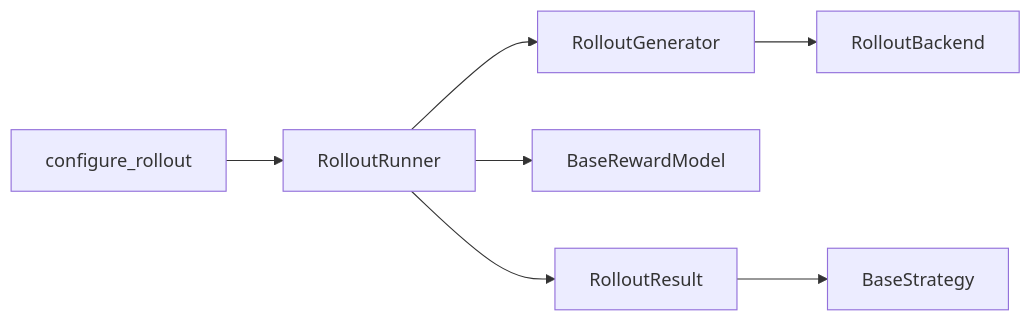
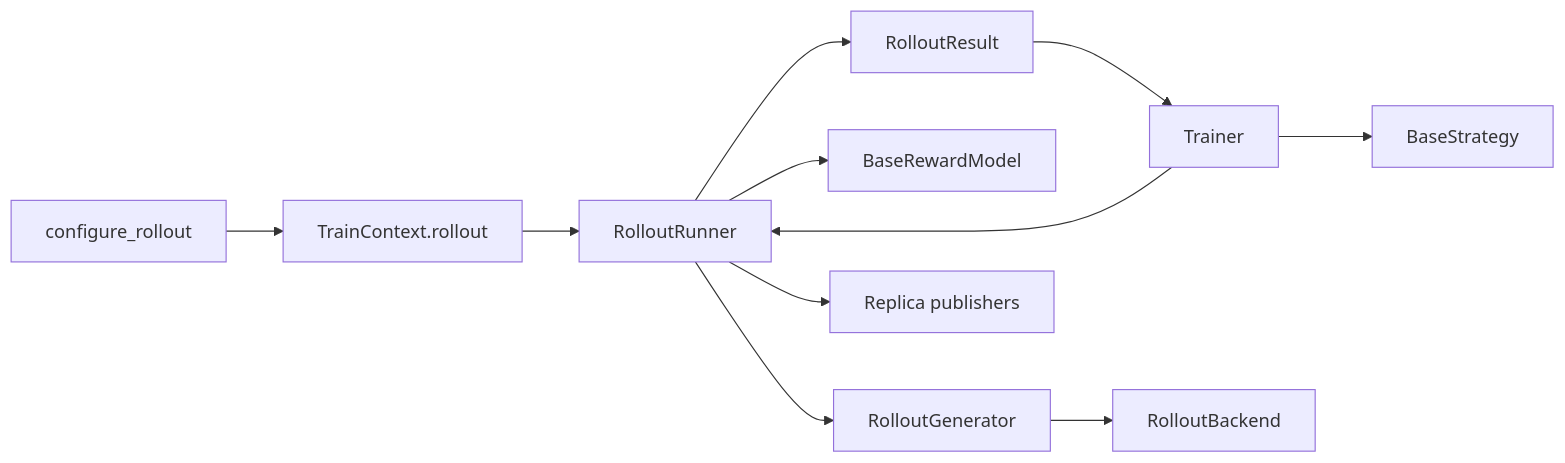
The diagram in docs/developer/trainer/rollout.md (ViperEkura/AstrAI), drawn with Mermaid before and after one commit. The commit also changed other lines of this file and 32 other files, not shown here.

````diff
--- a/docs/developer/trainer/rollout.md
+++ b/docs/developer/trainer/rollout.md
@@ -7,9 +7,13 @@
 ```mermaid
 flowchart LR
-    Setup[configure_rollout] --> Runner[RolloutRunner]
+    Setup[configure_rollout] --> Context[TrainContext.rollout]
+    Context --> Runner[RolloutRunner]
+    Trainer --> Runner
     Runner --> Generator[RolloutGenerator]
     Generator --> Backend[RolloutBackend]
     Runner --> Reward[BaseRewardModel]
     Runner --> Result[RolloutResult]
-    Result --> Strategy[BaseStrategy]
+    Result --> Trainer
+    Trainer --> Strategy[BaseStrategy]
+    Runner --> Publishers[Replica publishers]
 ```
````
